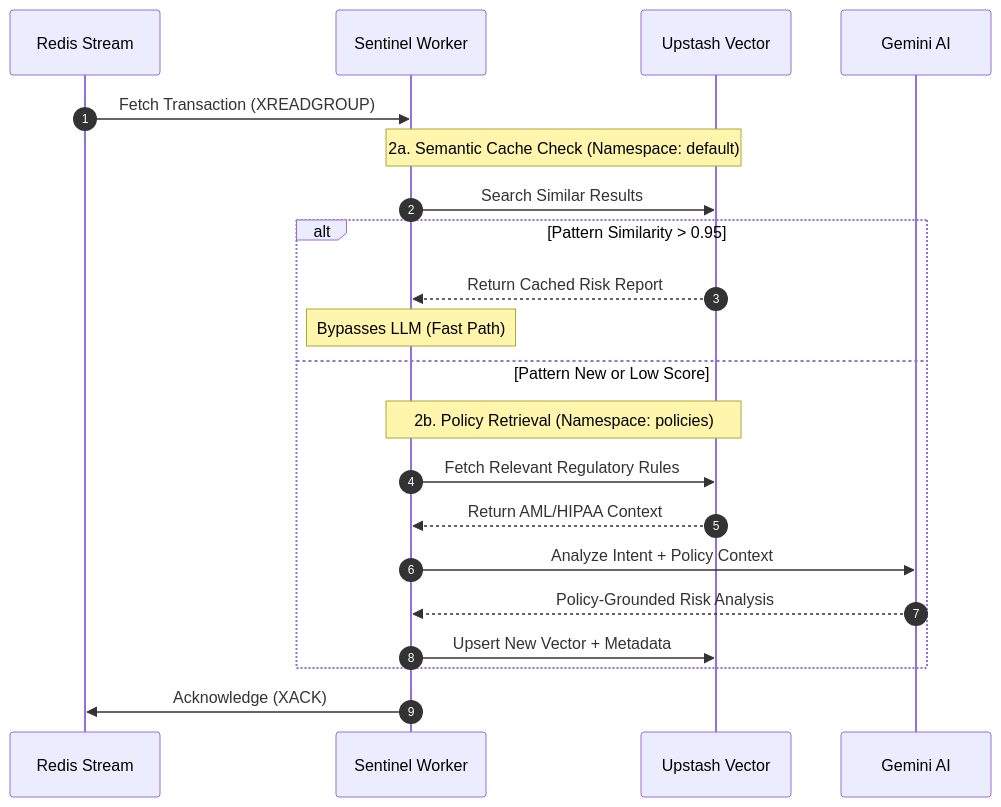
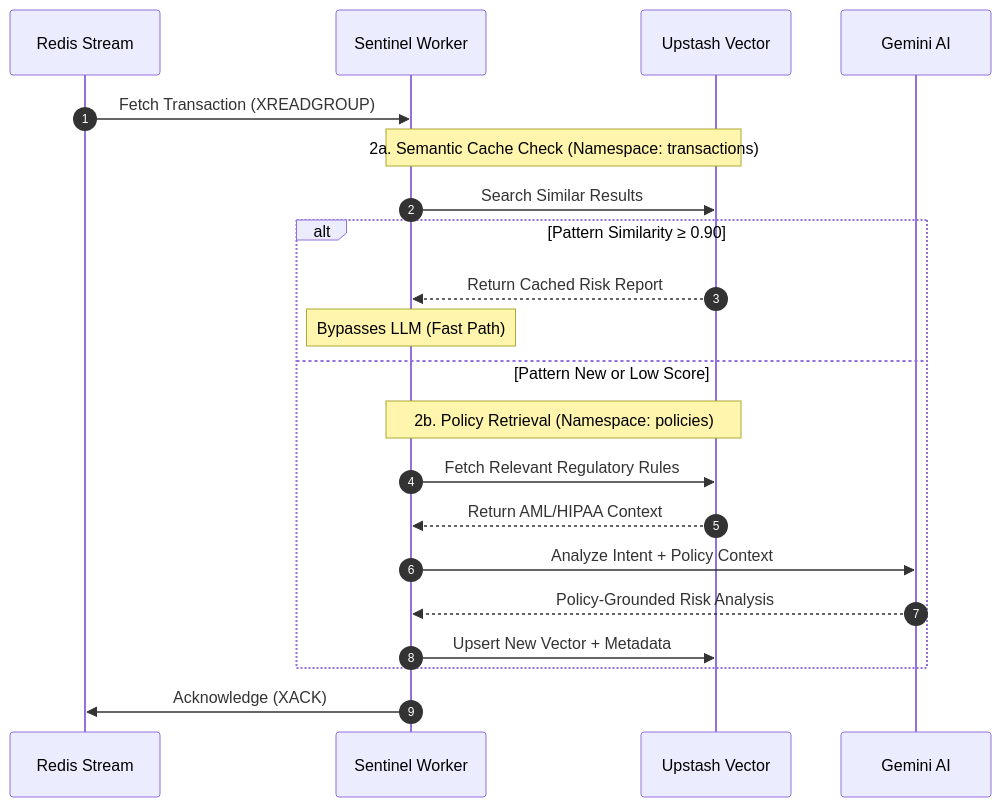
The third of 7 diagrams in README.md (obrienma/sentinel-l7), drawn with Mermaid before and after one commit. The commit also changed other lines of this file and 15 other files, not shown here.

````diff
--- a/README.md
+++ b/README.md
@@ -239,27 +239,27 @@
 ```mermaid
 sequenceDiagram
     autonumber
     participant S as Redis Stream
     participant W as Sentinel Worker
     participant V as Upstash Vector
     participant G as Gemini AI
 
     S->>W: Fetch Transaction (XREADGROUP)
 
-    note over W,V: 2a. Semantic Cache Check (Namespace: default)
+    note over W,V: 2a. Semantic Cache Check (Namespace: transactions)
     W->>V: Search Similar Results
 
-    alt Pattern Similarity > 0.95
+    alt Pattern Similarity ≥ 0.90
         V-->>W: Return Cached Risk Report
         Note over W: Bypasses LLM (Fast Path)
     else Pattern New or Low Score
         note over W,V: 2b. Policy Retrieval (Namespace: policies)
         W->>V: Fetch Relevant Regulatory Rules
         V-->>W: Return AML/HIPAA Context
         W->>G: Analyze Intent + Policy Context
         G-->>W: Policy-Grounded Risk Analysis
         W->>V: Upsert New Vector + Metadata
     end
 
     W->>S: Acknowledge (XACK)
 ```
````
